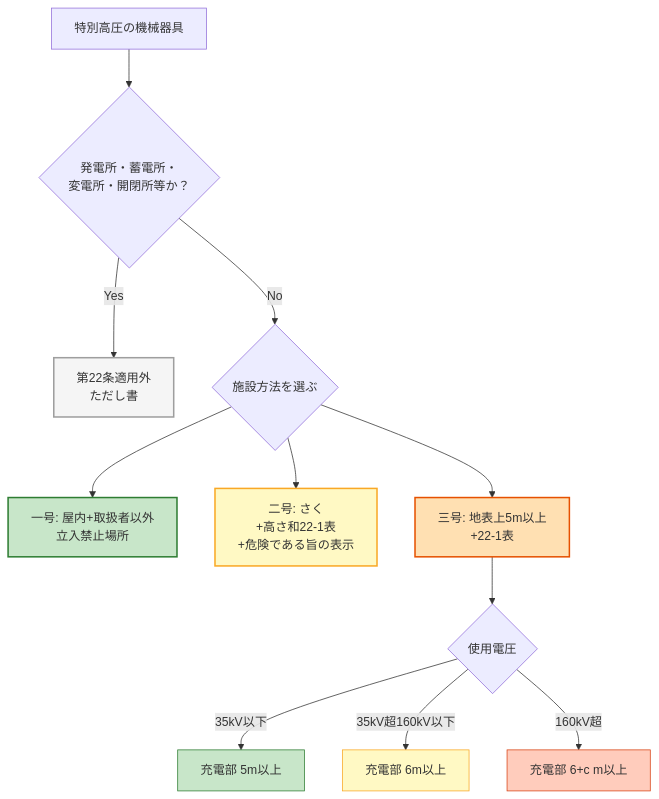
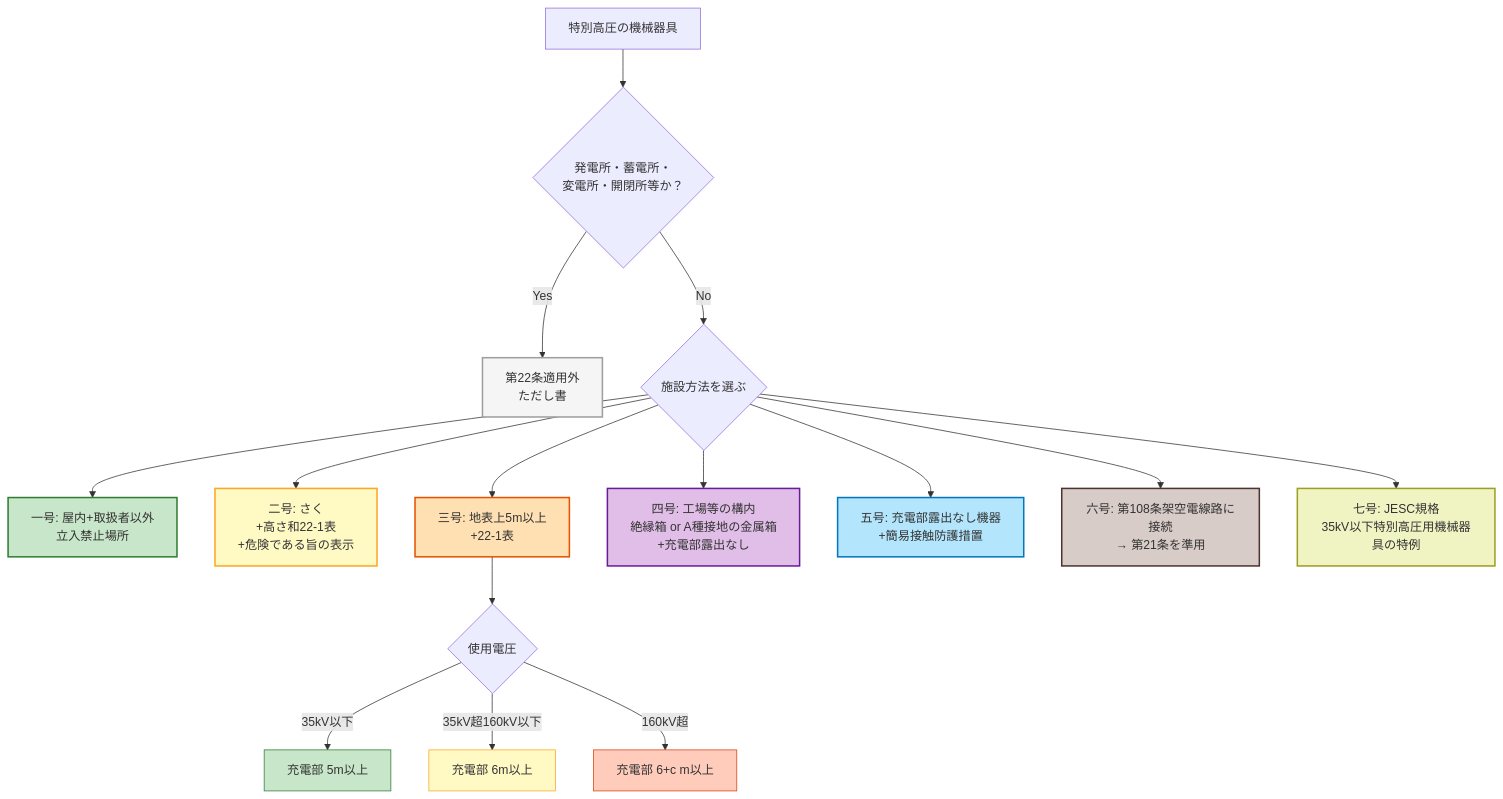
One commit to kfurufuru/denken-wiki changed the diagram in docs/articles/kaishaku/22.md. Above: the diagram before and after it, drawn with Mermaid. The commit also changed other lines of this file and 8 other files, not shown here.

````diff
--- a/docs/articles/kaishaku/22.md
+++ b/docs/articles/kaishaku/22.md
@@ -267,21 +271,29 @@
 ```mermaid
 flowchart TD
     Start[特別高圧の機械器具] --> Q0{発電所・蓄電所・<br/>変電所・開閉所等か？}
     Q0 -->|Yes| Out[第22条適用外<br/>ただし書]
     Q0 -->|No| Q1{施設方法を選ぶ}
     Q1 --> M1[一号: 屋内+取扱者以外<br/>立入禁止場所]
     Q1 --> M2[二号: さく<br/>+高さ和22-1表<br/>+危険である旨の表示]
     Q1 --> M3[三号: 地表上5m以上<br/>+22-1表]
+    Q1 --> M4[四号: 工場等の構内<br/>絶縁箱 or A種接地の金属箱<br/>+充電部露出なし]
+    Q1 --> M5[五号: 充電部露出なし機器<br/>+簡易接触防護措置]
+    Q1 --> M6[六号: 第108条架空電線路に接続<br/>→ 第21条を準用]
+    Q1 --> M7[七号: JESC規格<br/>35kV以下特別高圧用機械器具の特例]
     M3 --> M3v{使用電圧}
     M3v -->|35kV以下| V1[充電部 5m以上]
     M3v -->|35kV超160kV以下| V2[充電部 6m以上]
     M3v -->|160kV超| V3[充電部 6+c m以上]
 
     style Out fill:#f5f5f5,stroke:#9e9e9e,stroke-width:2px
     style M1 fill:#c8e6c9,stroke:#2e7d32,stroke-width:2px
     style M2 fill:#fff9c4,stroke:#f9a825,stroke-width:2px
     style M3 fill:#ffe0b2,stroke:#e65100,stroke-width:2px
+    style M4 fill:#e1bee7,stroke:#6a1b9a,stroke-width:2px
+    style M5 fill:#b3e5fc,stroke:#0277bd,stroke-width:2px
+    style M6 fill:#d7ccc8,stroke:#4e342e,stroke-width:2px
+    style M7 fill:#f0f4c3,stroke:#9e9d24,stroke-width:2px
     style V1 fill:#c8e6c9,stroke:#2e7d32
     style V2 fill:#fff9c4,stroke:#f9a825
     style V3 fill:#ffccbc,stroke:#d84315
 ```
````
